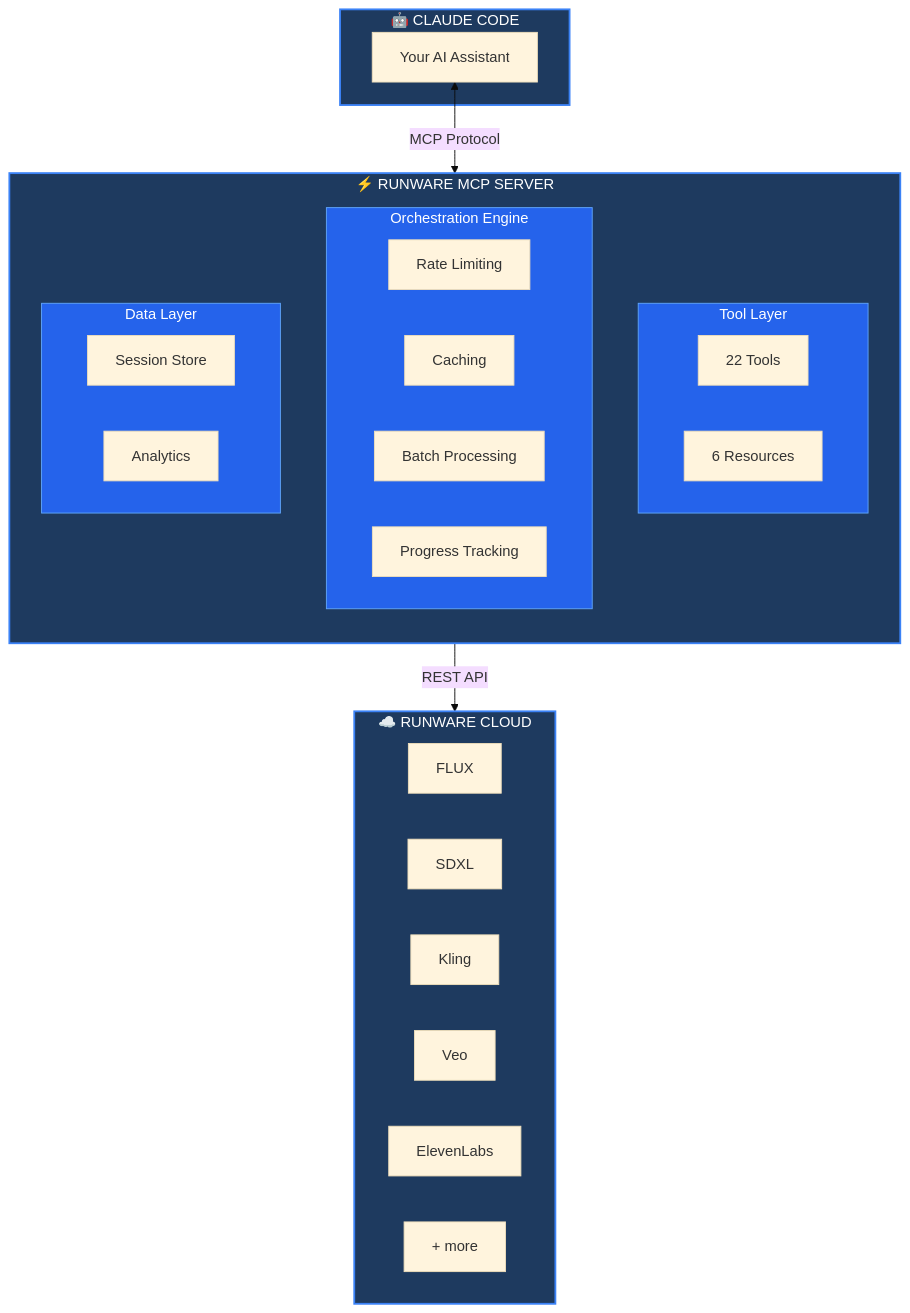
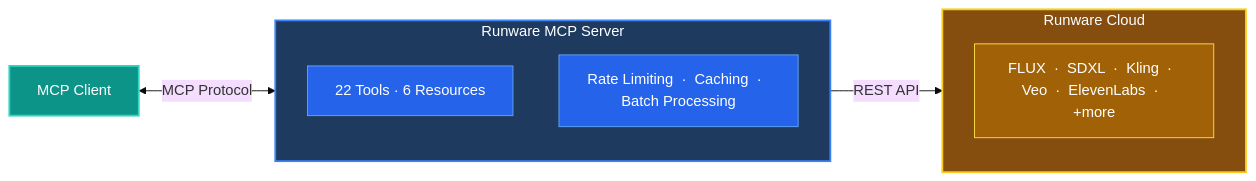
The first of 3 diagrams in README.md (ul0gic/runware-mcp), drawn with Mermaid (base theme) before and after one commit. The commit also changed other lines of this file and 10 other files, not shown here.

First line of the commit message:
refactor: make project client-agnostic, redesign README diagrams

````diff
--- a/README.md
+++ b/README.md
@@ -23,47 +23,24 @@
 ```mermaid
-flowchart TB
-    subgraph Claude["🤖 CLAUDE CODE"]
-        CC["Your AI Assistant"]
+flowchart LR
+    Client["MCP Client"] <-->|"MCP Protocol"| Server
+
+    subgraph Server["Runware MCP Server"]
+        direction TB
+        Tools["22 Tools  &middot;  6 Resources"]
+        Engine["Rate Limiting  &middot;  Caching  &middot;  Batch Processing"]
     end
 
-    subgraph Server["⚡ RUNWARE MCP SERVER"]
+    Server -->|"REST API"| Cloud
+
+    subgraph Cloud["Runware Cloud"]
         direction TB
-
-        subgraph Capabilities["Tool Layer"]
-            Tools["22 Tools"]
-            Resources["6 Resources"]
-        end
-
-        subgraph Orchestration["Orchestration Engine"]
-            RL["Rate Limiting"]
-            Cache["Caching"]
-            Batch["Batch Processing"]
-            Progress["Progress Tracking"]
-        end
-
-        subgraph Storage["Data Layer"]
-            Session["Session Store"]
-            Analytics["Analytics"]
-        end
+        Models["FLUX  &middot;  SDXL  &middot;  Kling  &middot;  Veo  &middot;  ElevenLabs  &middot;  +more"]
     end
 
-    subgraph Cloud["☁️ RUNWARE CLOUD"]
-        direction LR
-        FLUX["FLUX"]
-        SDXL["SDXL"]
-        Kling["Kling"]
-        Veo["Veo"]
-        EL["ElevenLabs"]
-        More["+ more"]
-    end
-
-    CC <-->|"MCP Protocol"| Server
-    Server -->|"REST API"| Cloud
-
-    style Claude fill:#1e3a5f,stroke:#3b82f6,stroke-width:2px,color:#fff
+    style Client fill:#0d9488,stroke:#2dd4bf,stroke-width:2px,color:#fff
     style Server fill:#1e3a5f,stroke:#3b82f6,stroke-width:2px,color:#fff
-    style Cloud fill:#1e3a5f,stroke:#3b82f6,stroke-width:2px,color:#fff
-    style Capabilities fill:#2563eb,stroke:#60a5fa,color:#fff
-    style Orchestration fill:#2563eb,stroke:#60a5fa,color:#fff
-    style Storage fill:#2563eb,stroke:#60a5fa,color:#fff
+    style Tools fill:#2563eb,stroke:#60a5fa,color:#fff
+    style Engine fill:#2563eb,stroke:#60a5fa,color:#fff
+    style Cloud fill:#854d0e,stroke:#facc15,stroke-width:2px,color:#fff
+    style Models fill:#a16207,stroke:#fde047,color:#fff
 ```
````
